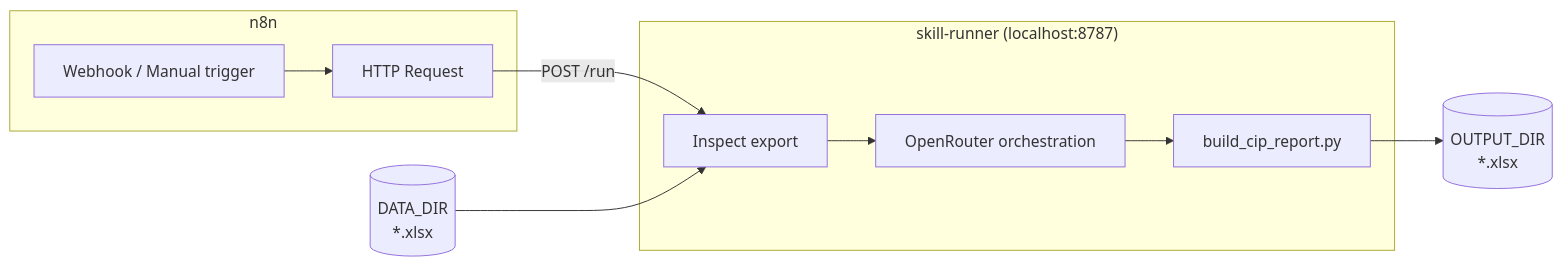
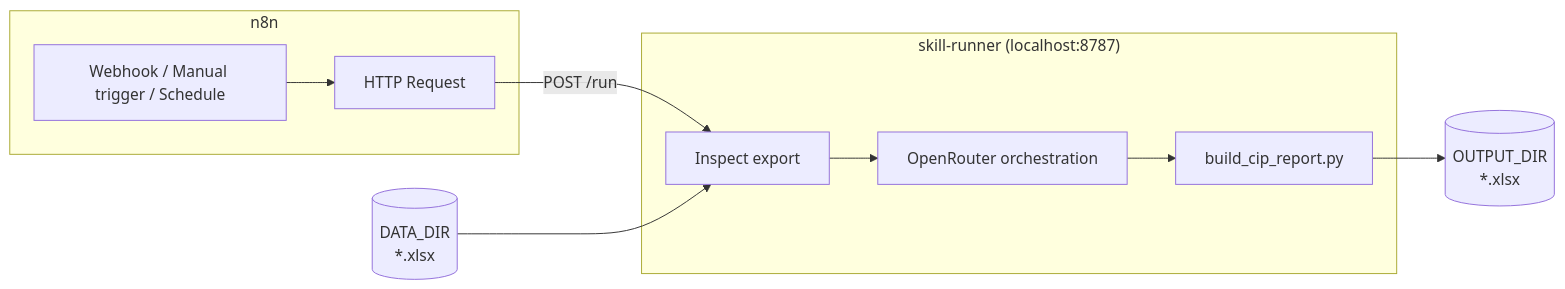
The diagram in README.md (treysl/skill-runner), drawn with Mermaid before and after one commit. The commit also changed other lines of this file and 2 other files, not shown here.

````diff
--- a/README.md
+++ b/README.md
@@ -9,19 +15,19 @@
 ```mermaid
 flowchart LR
   subgraph n8n
-    T[Webhook / Manual trigger]
+    T[Webhook / Manual trigger / Schedule]
     H[HTTP Request]
     T --> H
   end
   subgraph skill_runner["skill-runner (localhost:8787)"]
     I[Inspect export]
     O[OpenRouter orchestration]
     B[build_cip_report.py]
     I --> O --> B
   end
   D[(DATA_DIR\n*.xlsx)]
   OUT[(OUTPUT_DIR\n*.xlsx)]
   H -->|POST /run| I
   D --> I
   B --> OUT
 ```
````
